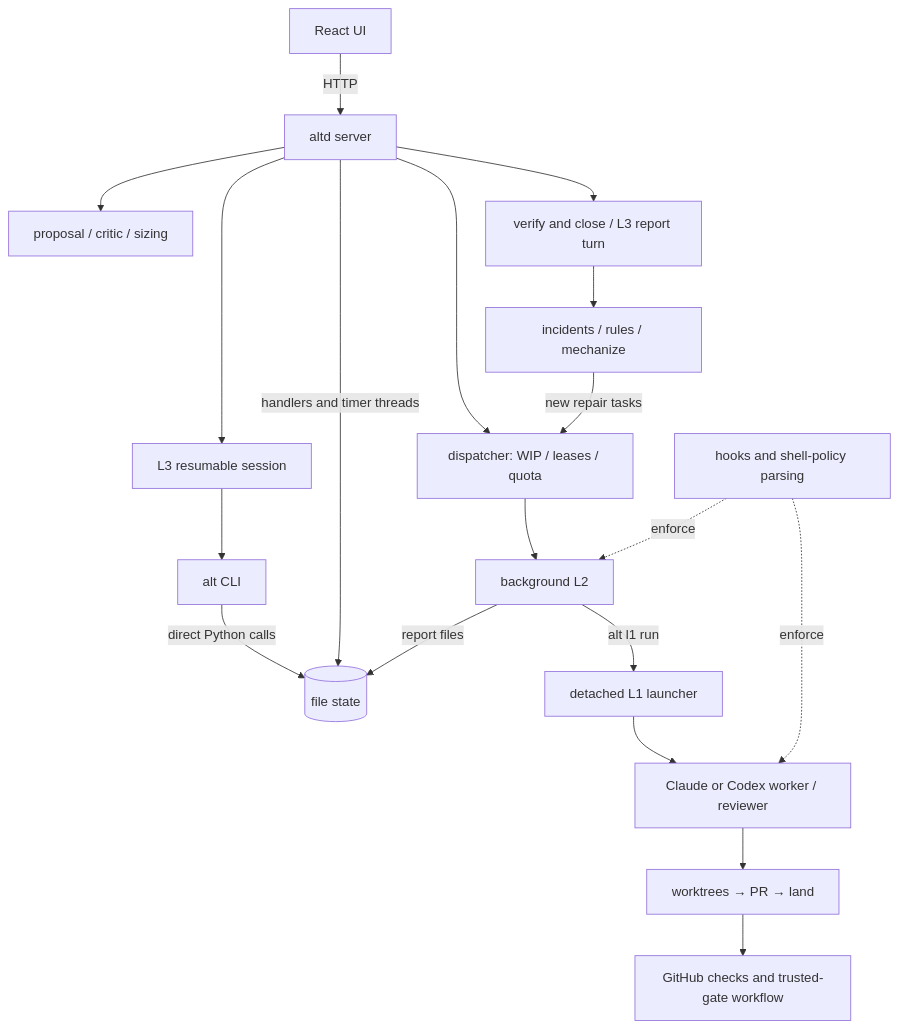
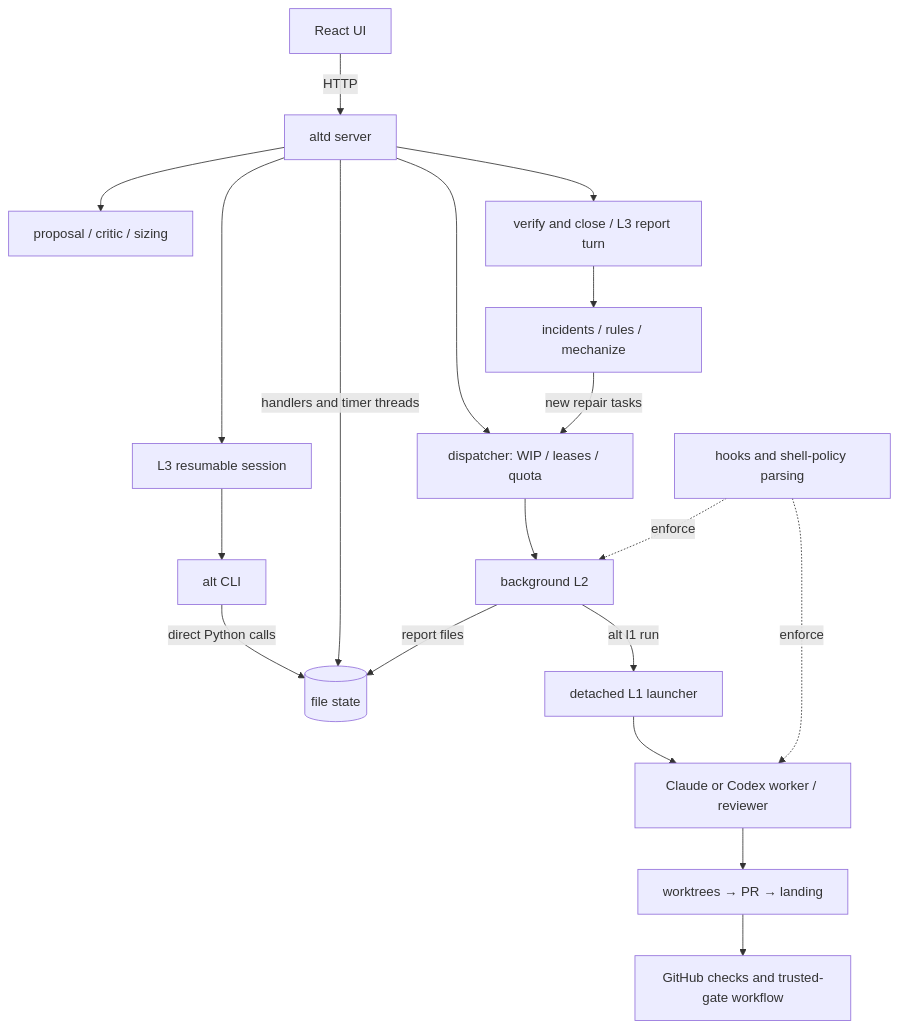
One commit to mburakyucel/altitude changed the first of 4 diagrams in docs/ARCHITECTURE.md. Above: the diagram before and after it, drawn with Mermaid. The commit also changed other lines of this file and 2 other files, not shown here.

Commit message:
docs: align architecture with flexible agent ownership

````diff
--- a/docs/ARCHITECTURE.md
+++ b/docs/ARCHITECTURE.md
@@ -23,21 +25,21 @@
 ```mermaid
 flowchart TD
     U[React UI] -->|HTTP| A[altd server]
     C[alt CLI] -->|direct Python calls| S[(file state)]
     A -->|handlers and timer threads| S
     A --> P[proposal / critic / sizing]
     A --> L3[L3 resumable session]
     L3 --> C
     A --> D[dispatcher: WIP / leases / quota]
     D --> L2[background L2]
     L2 -->|alt l1 run| R[detached L1 launcher]
     R --> W[Claude or Codex worker / reviewer]
-    W --> G[worktrees → PR → land]
+    W --> G[worktrees → PR → landing]
     G --> CI[GitHub checks and trusted-gate workflow]
     L2 -->|report files| S
     A --> V[verify and close / L3 report turn]
     V --> H[incidents / rules / mechanize]
     H -->|new repair tasks| D
     K[hooks and shell-policy parsing] -.enforce.-> L2
     K -.enforce.-> W
 ```
````
